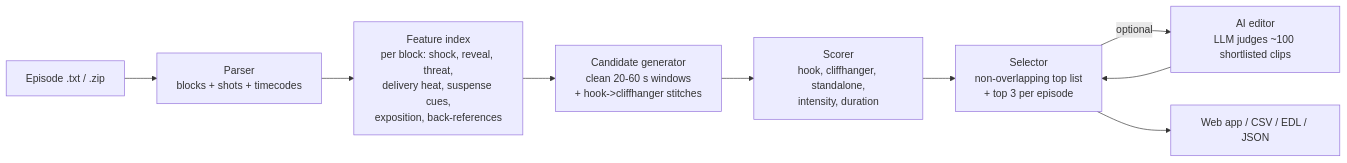
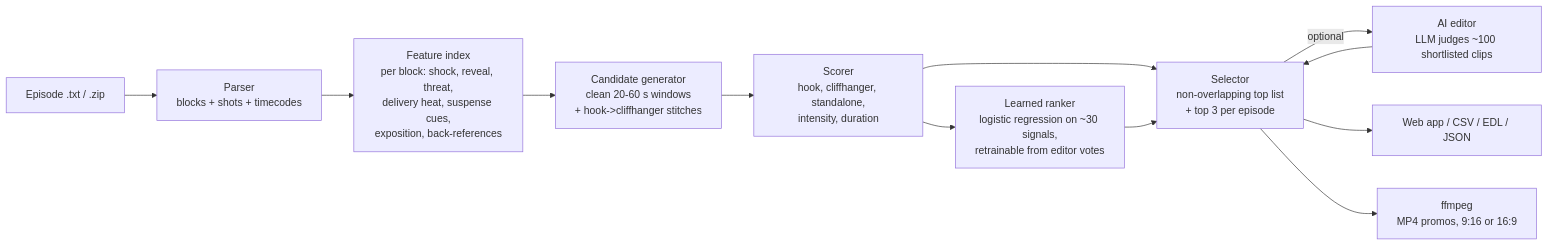
Before and after one commit to nirdoshk0228/promomaker: the diagram in README.md, drawn with Mermaid. The commit also changed other lines of this file and 25 other files, not shown here.

````diff
--- a/README.md
+++ b/README.md
@@ -64,11 +93,14 @@
 ```mermaid
 flowchart LR
   A[Episode .txt / .zip] --> B[Parser<br/>blocks + shots + timecodes]
   B --> C[Feature index<br/>per block: shock, reveal, threat,<br/>delivery heat, suspense cues,<br/>exposition, back-references]
   C --> D[Candidate generator<br/>clean 20-60 s windows<br/>+ hook->cliffhanger stitches]
   D --> E[Scorer<br/>hook, cliffhanger, standalone,<br/>intensity, duration]
   E --> F[Selector<br/>non-overlapping top list<br/>+ top 3 per episode]
+  E --> L[Learned ranker<br/>logistic regression on ~30 signals,<br/>retrainable from editor votes]
+  L --> F
   F -->|optional| G[AI editor<br/>LLM judges ~100 shortlisted clips]
   G --> F
   F --> H[Web app / CSV / EDL / JSON]
+  F --> V[ffmpeg<br/>MP4 promos, 9:16 or 16:9]
 ```
````
